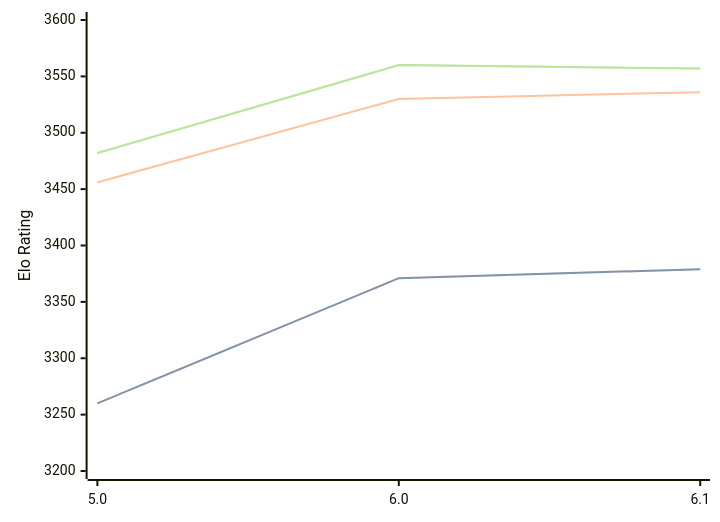
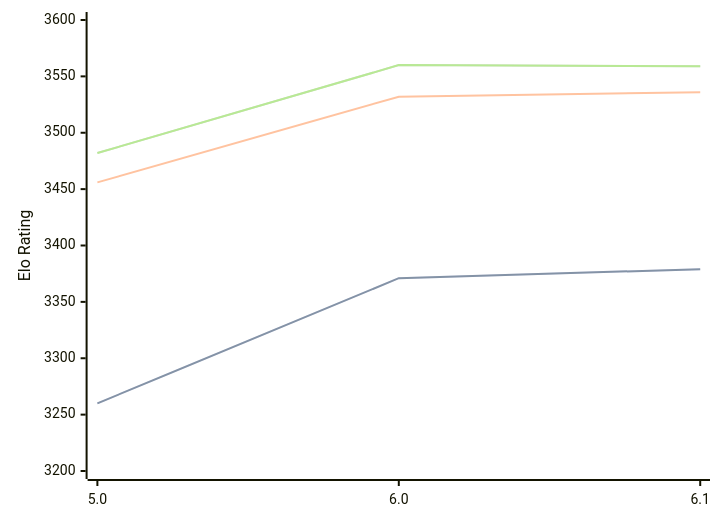
Before and after one commit to computer-chess-index/cci: the diagram in engines/Starzix.md, drawn with Mermaid. The commit also changed other lines of this file, not shown here.

Commit message:
Update CCI Ratings (ELO VLTC) - 2026-05-13

````diff
--- a/engines/Starzix.md
+++ b/engines/Starzix.md
@@ -37,11 +37,11 @@
 ```mermaid
 %%{init: {"theme":"base","themeVariables":{"seriesColors:['#a3a3a3','#222221','#faa371']}}}%%
 xychart-beta
   x-axis ["5.0", "6.0", "6.1"]
   y-axis "Elo Rating" 3200 --> 3600
   line "STC (8.0+0.08s)" [3260, 3371, 3379]
   line "STC (8.0+0.08s)" [3260, 3371, 3379]
-  line "LTC (60.0+0.60s)" [3456, 3530, 3536]
-  line "VLTC (2m24s+1.12s)" [3482, 3560, 3557]
-  line "VLTC (2m24s+1.12s)" [3482, 3560, 3557]
+  line "LTC (60.0+0.60s)" [3456, 3532, 3536]
+  line "VLTC (2m24s+1.12s)" [3482, 3560, 3559]
+  line "VLTC (2m24s+1.12s)" [3482, 3560, 3559]
 ```
````
